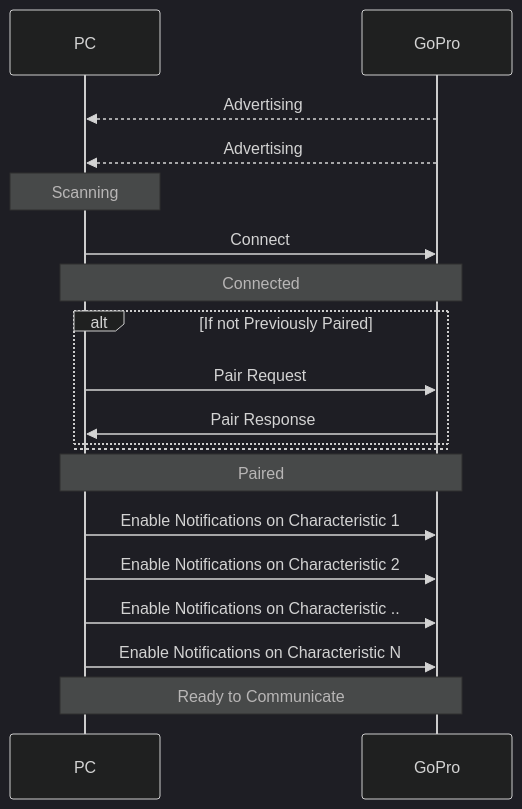
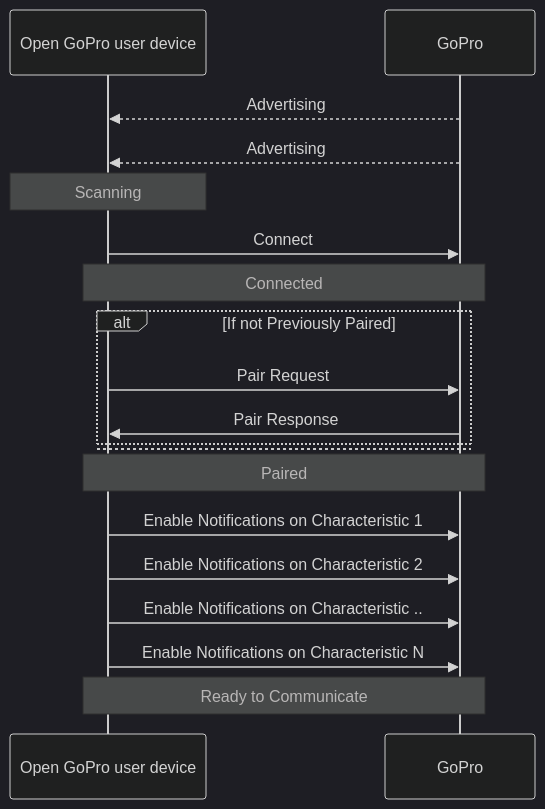
One commit to gopro/OpenGoPro changed the diagram in docs/tutorials/_python-tutorials/tutorial_1_connect_ble.md. Above: the diagram before and after it, drawn with Mermaid (dark theme). The commit also changed 6 other files, not shown here.

Commit message:
Update client name in mermaid diagrams

````diff
--- a/docs/tutorials/_python-tutorials/tutorial_1_connect_ble.md
+++ b/docs/tutorials/_python-tutorials/tutorial_1_connect_ble.md
@@ -76,22 +76,22 @@
 ```mermaid!
 sequenceDiagram
-    participant PC
+    participant PC as Open GoPro user device
     participant GoPro
     GoPro-->>PC: Advertising
     GoPro-->>PC: Advertising
     note over PC: Scanning
     PC->>GoPro: Connect
     note over GoPro, PC: Connected
     alt If not Previously Paired
         PC ->> GoPro: Pair Request
         GoPro ->> PC: Pair Response
     else
 
     end
     note over GoPro, PC: Paired
     PC ->> GoPro: Enable Notifications on Characteristic 1
     PC ->> GoPro: Enable Notifications on Characteristic 2
     PC ->> GoPro: Enable Notifications on Characteristic ..
     PC ->> GoPro: Enable Notifications on Characteristic N
     note over GoPro, PC: Ready to Communicate
 ```
````
